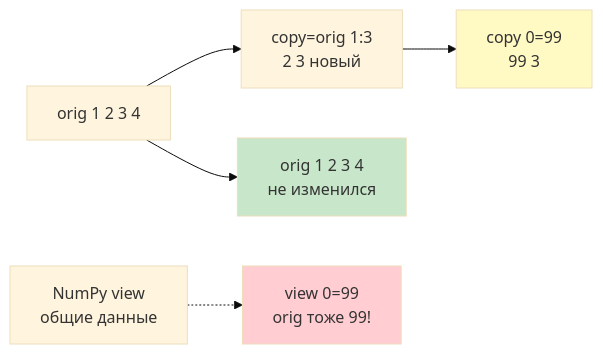
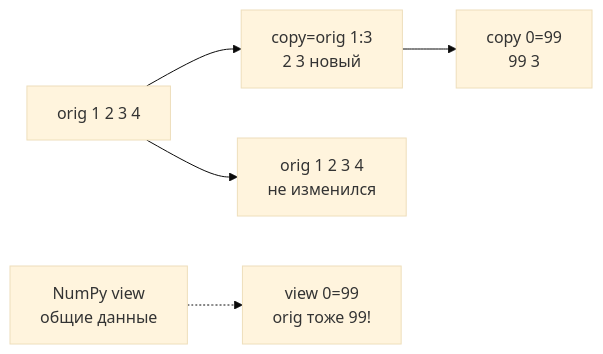
Before and after one commit to JayStorm228/College: the second of 3 diagrams in 02_Курсы/01. Инженерные практики Python/01_Лекции/05. Срезы и объект slice.md, drawn with Mermaid (base theme). The commit also changed other lines of this file and 30 other files, not shown here.

First line of the commit message:
переименование NumPy лекций под академические заголовки + стандартные диаграммы

````diff
--- a/02_Курсы/01. Инженерные практики Python/01_Лекции/05. Срезы и объект slice.md
+++ b/02_Курсы/01. Инженерные практики Python/01_Лекции/05. Срезы и объект slice.md
@@ -83,10 +82,7 @@
 ```mermaid
 flowchart LR
   A[orig 1 2 3 4] --> B[copy=orig 1:3<br>2 3 новый]
   B --> C[copy 0=99<br>99 3]
   A --> D[orig 1 2 3 4<br>не изменился]
   E[NumPy view<br>общие данные] -.-> F[view 0=99<br>orig тоже 99!]
-  style D fill:#c8e6c9
-  style C fill:#fff9c4
-  style F fill:#ffcdd2
 ```
````
